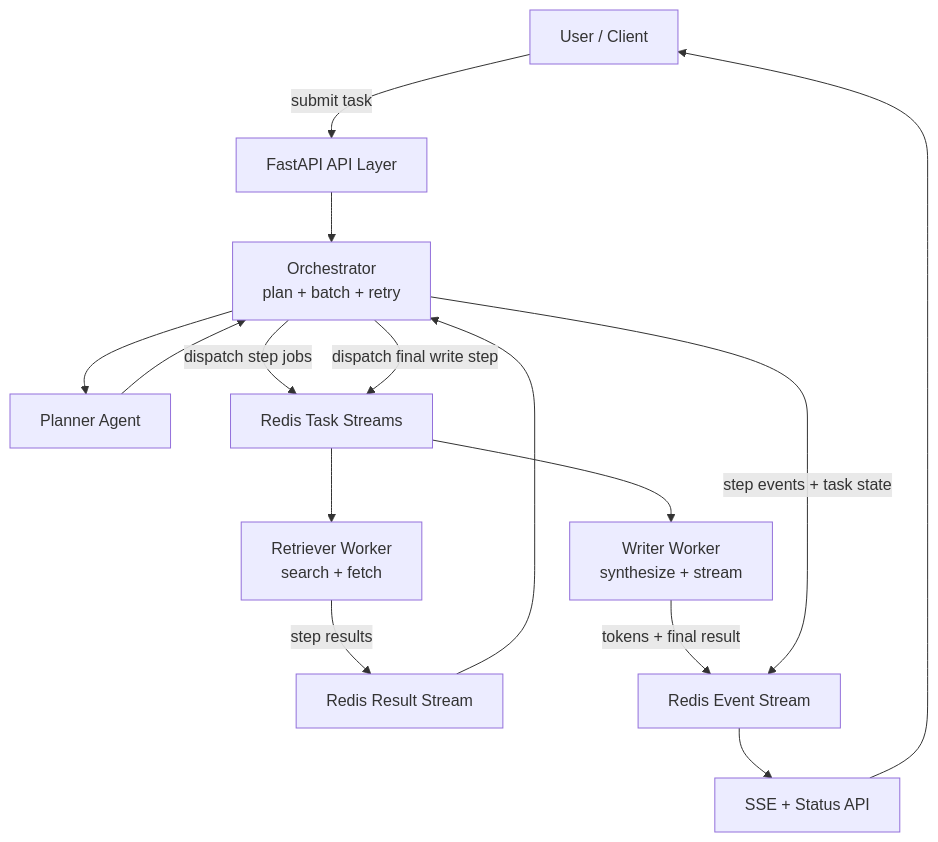
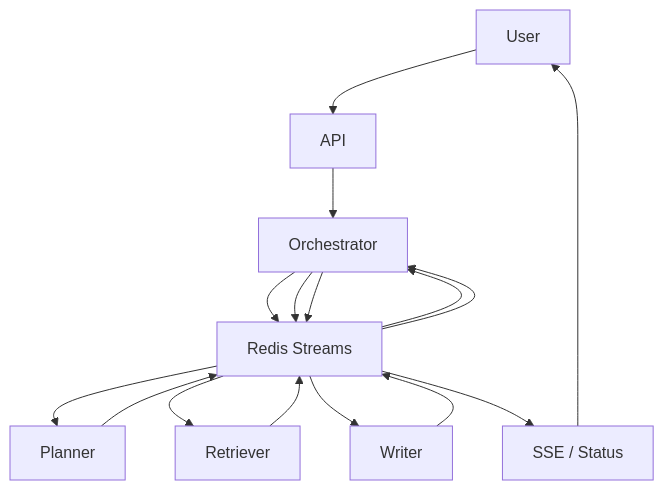
Before and after one commit to Muru-Pan/Multi_Agent: the diagram in README.md, drawn with Mermaid.

Commit message:
Simplify README pipeline diagram

````diff
--- a/README.md
+++ b/README.md
@@ -17,28 +17,27 @@
 ```mermaid
 flowchart TD
-    U["User / Client"]
-    API["FastAPI API Layer"]
-    ORCH["Orchestrator<br/>plan + batch + retry"]
-    PLAN["Planner Agent"]
-    Q1["Redis Task Streams"]
-    RET["Retriever Worker<br/>search + fetch"]
-    Q2["Redis Result Stream"]
-    WR["Writer Worker<br/>synthesize + stream"]
-    EVT["Redis Event Stream"]
-    OUT["SSE + Status API"]
+    U["User"]
+    API["API"]
+    ORCH["Orchestrator"]
+    REDIS["Redis Streams"]
+    PLAN["Planner"]
+    RET["Retriever"]
+    WR["Writer"]
+    OUT["SSE / Status"]
 
-    U -->|"submit task"| API
+    U --> API
     API --> ORCH
-    ORCH --> PLAN
-    PLAN --> ORCH
-    ORCH -->|"dispatch step jobs"| Q1
-    Q1 --> RET
-    RET -->|"step results"| Q2
-    Q2 --> ORCH
-    ORCH -->|"dispatch final write step"| Q1
-    Q1 --> WR
-    WR -->|"tokens + final result"| EVT
-    ORCH -->|"step events + task state"| EVT
-    EVT --> OUT
+    ORCH --> REDIS
+    REDIS --> PLAN
+    PLAN --> REDIS
+    REDIS --> ORCH
+    ORCH --> REDIS
+    REDIS --> RET
+    RET --> REDIS
+    REDIS --> ORCH
+    ORCH --> REDIS
+    REDIS --> WR
+    WR --> REDIS
+    REDIS --> OUT
     OUT --> U
 ```
````
